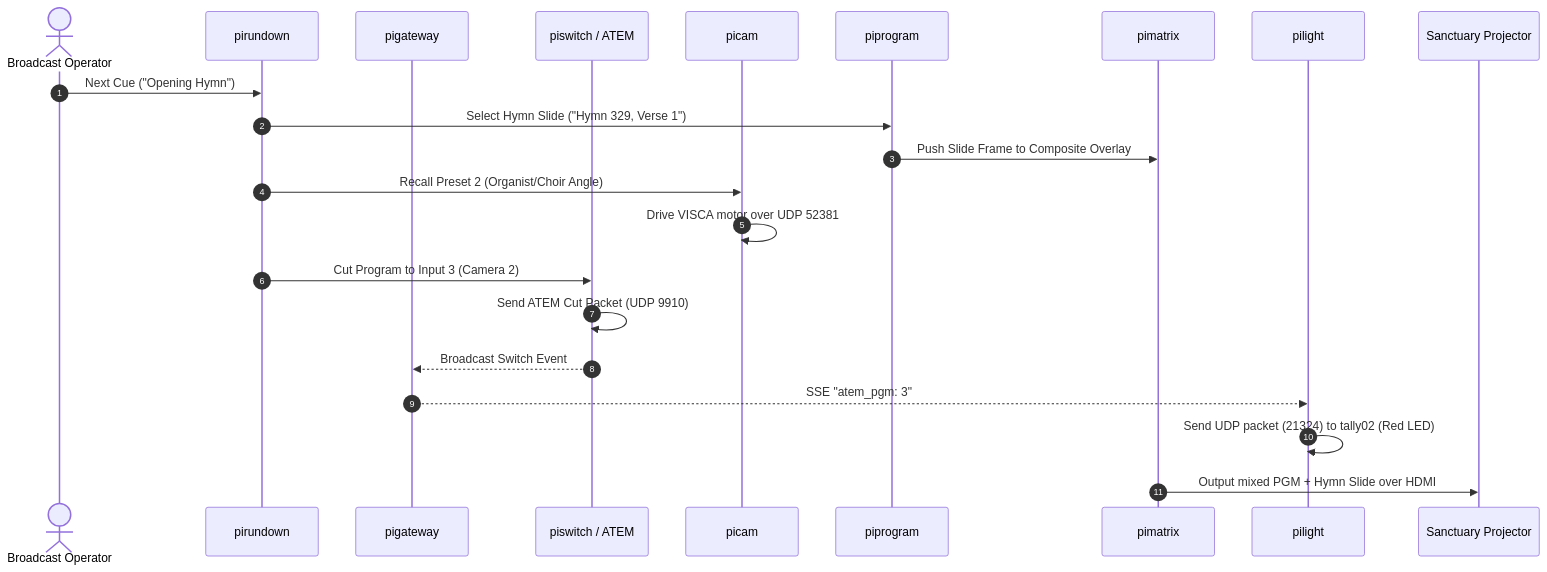
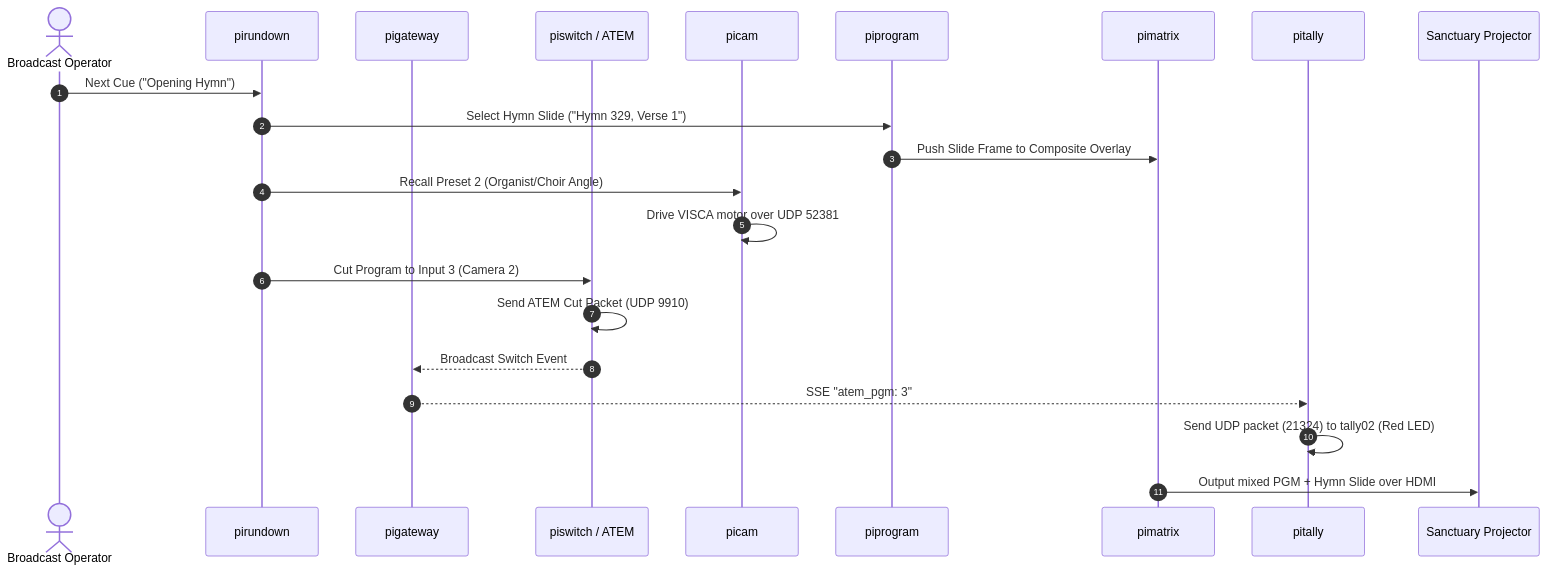
Before and after one commit to jsilvanus/piecosystem: the first of 3 diagrams in docs/workflow-scenarios.md, drawn with Mermaid. The commit also changed other lines of this file and 10 other files, not shown here.

First line of the commit message:
Rename pilight to pitally

````diff
--- a/docs/workflow-scenarios.md
+++ b/docs/workflow-scenarios.md
@@ -11,25 +11,25 @@
 ```mermaid
 sequenceDiagram
     autonumber
     actor Operator as Broadcast Operator
     participant Rundown as pirundown
     participant Gateway as pigateway
     participant Switcher as piswitch / ATEM
     participant Camera as picam
     participant Program as piprogram
     participant Matrix as pimatrix
-    participant Tally as pilight
+    participant Tally as pitally
     participant Display as Sanctuary Projector
 
     Operator->>Rundown: Next Cue ("Opening Hymn")
     Rundown->>Program: Select Hymn Slide ("Hymn 329, Verse 1")
     Program->>Matrix: Push Slide Frame to Composite Overlay
     Rundown->>Camera: Recall Preset 2 (Organist/Choir Angle)
     Camera->>Camera: Drive VISCA motor over UDP 52381
     Rundown->>Switcher: Cut Program to Input 3 (Camera 2)
     Switcher->>Switcher: Send ATEM Cut Packet (UDP 9910)
     Switcher-->>Gateway: Broadcast Switch Event
     Gateway-->>Tally: SSE "atem_pgm: 3"
     Tally->>Tally: Send UDP packet (21324) to tally02 (Red LED)
     Matrix->>Display: Output mixed PGM + Hymn Slide over HDMI
 ```
````
